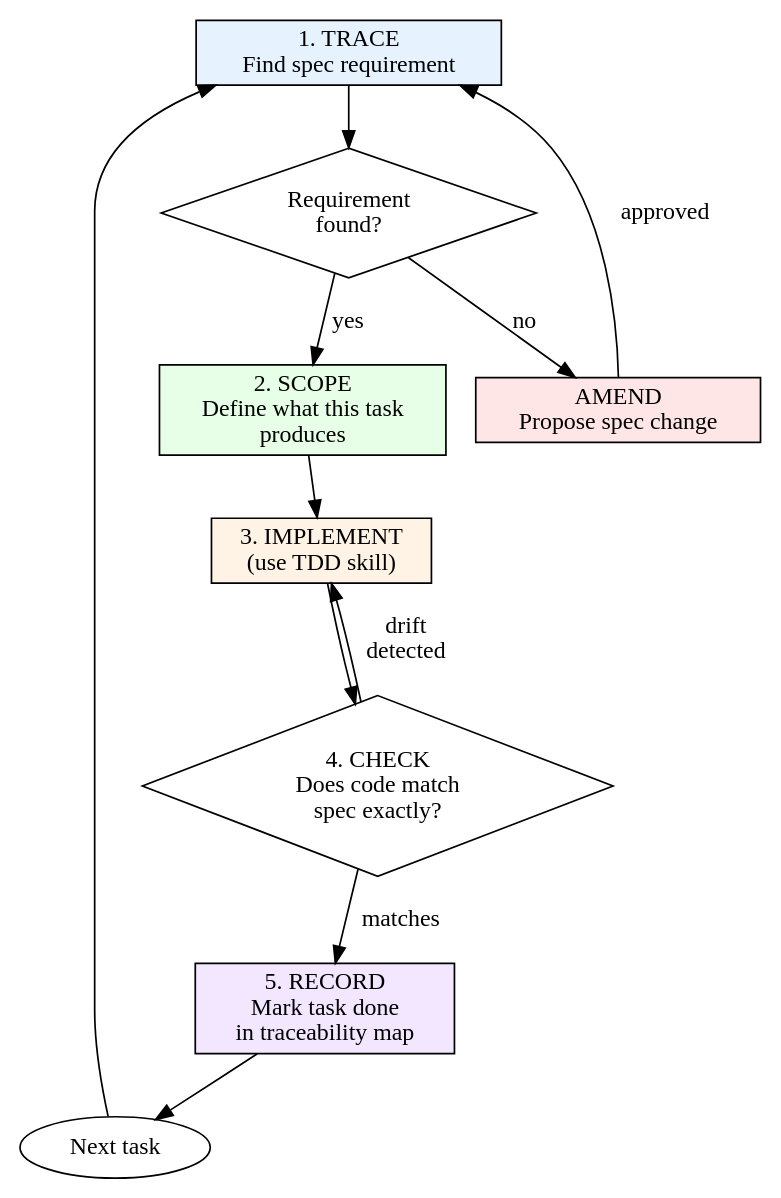
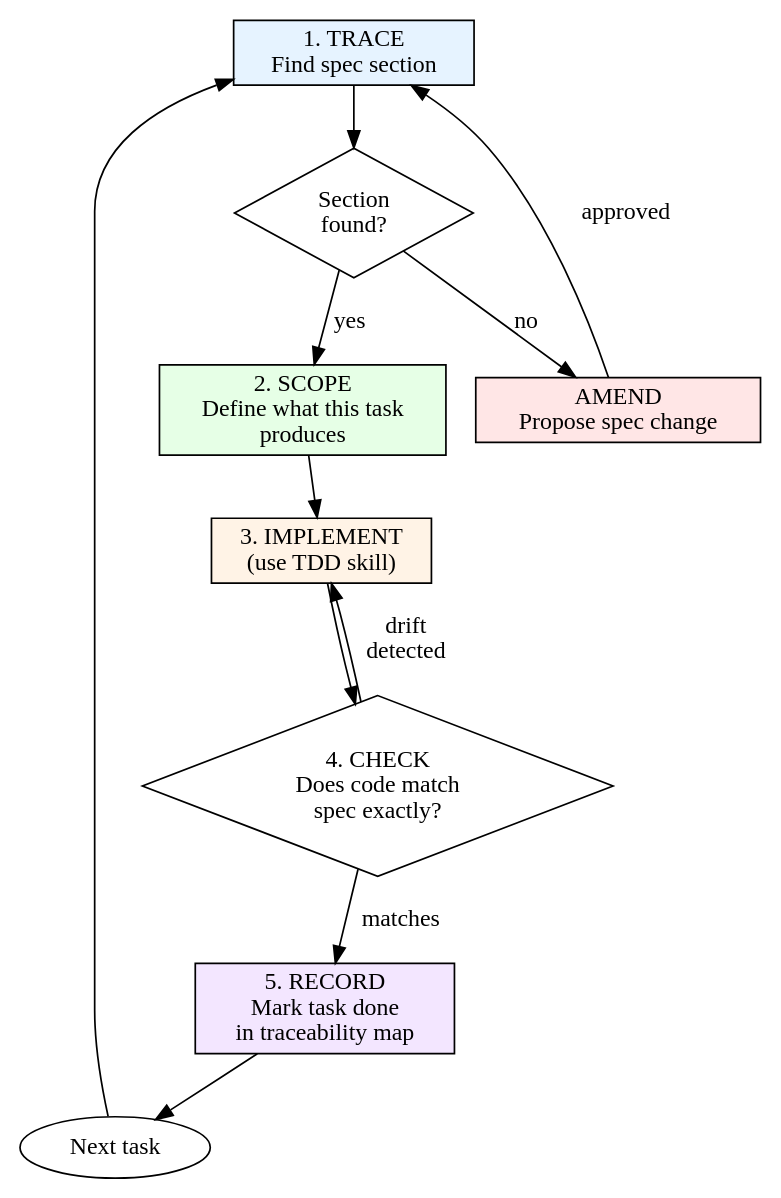
Before and after one commit to xuanhoa88/xnapify: the second of 2 diagrams in .agent/skills/requirement-traceability/SKILL.md, drawn with Graphviz. The commit also changed other lines of this file and 5 other files, not shown here.

````diff
--- a/.agent/skills/requirement-traceability/SKILL.md
+++ b/.agent/skills/requirement-traceability/SKILL.md
@@ -109,24 +187,24 @@
 ```dot
 digraph execution_loop {
     rankdir=TB;
-    trace [label="1. TRACE\nFind spec requirement", shape=box, style=filled, fillcolor="#e6f3ff"];
-    verify_trace [label="Requirement\nfound?", shape=diamond];
+    trace [label="1. TRACE\nFind spec section", shape=box, style=filled, fillcolor="#e6f3ff"];
+    verify_trace [label="Section\nfound?", shape=diamond];
     scope [label="2. SCOPE\nDefine what this task\nproduces", shape=box, style=filled, fillcolor="#e6ffe6"];
     implement [label="3. IMPLEMENT\n(use TDD skill)", shape=box, style=filled, fillcolor="#fff3e6"];
     check [label="4. CHECK\nDoes code match\nspec exactly?", shape=diamond];
     record [label="5. RECORD\nMark task done\nin traceability map", shape=box, style=filled, fillcolor="#f3e6ff"];
     next [label="Next task", shape=ellipse];
     amend [label="AMEND\nPropose spec change", shape=box, style=filled, fillcolor="#ffe6e6"];
 
     trace -> verify_trace;
     verify_trace -> scope [label="yes"];
     verify_trace -> amend [label="no"];
     amend -> trace [label="approved"];
     scope -> implement;
     implement -> check;
     check -> record [label="matches"];
     check -> implement [label="drift\ndetected"];
     record -> next;
     next -> trace;
 }
 ```
````
